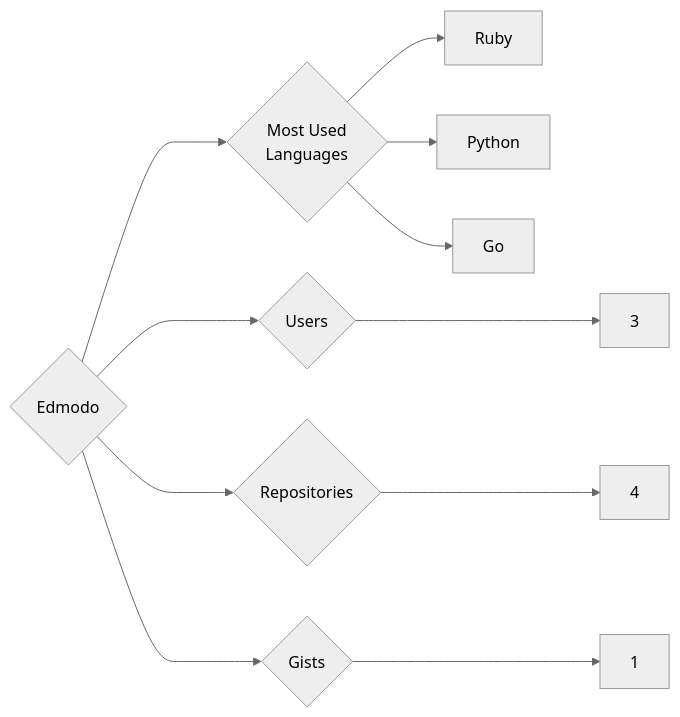
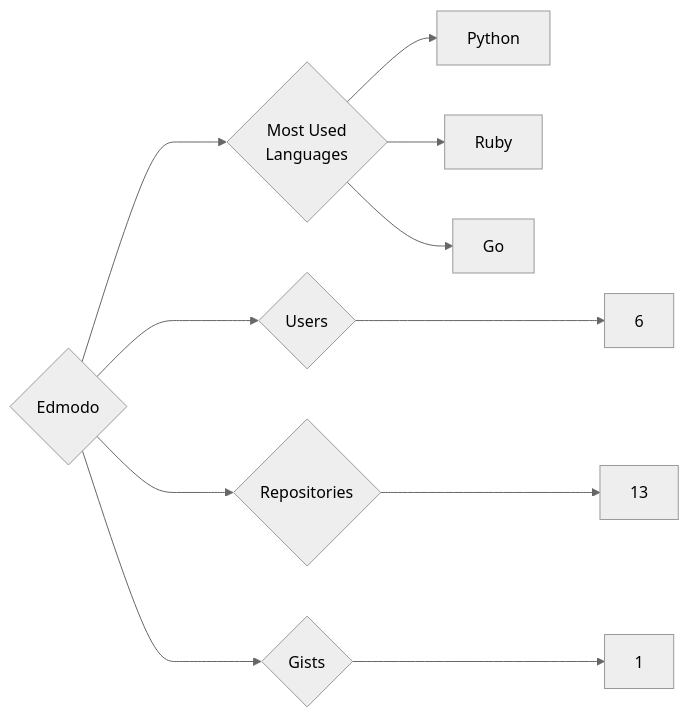
The diagram in targets/Edmodo/README.md (trickest/insiders), drawn with Mermaid (neutral theme) before and after one commit. The commit also changed 924 other files, not shown here.

````diff
--- a/targets/Edmodo/README.md
+++ b/targets/Edmodo/README.md
@@ -3,11 +3,11 @@
 ```mermaid
 graph LR
 COMPANY_NAME{Edmodo}
-COMPANY_NAME ---> U{Users} ---> UN[3]
-COMPANY_NAME ---> R{Repositories} ---> RN[4]
+COMPANY_NAME ---> U{Users} ---> UN[6]
+COMPANY_NAME ---> R{Repositories} ---> RN[13]
 COMPANY_NAME ---> G{Gists} ---> GN[1]
 COMPANY_NAME ---> ML{Most Used<br>Languages}
+ML --> Python[Python]
 ML --> Ruby[Ruby]
-ML --> Python[Python]
 ML --> Go[Go]
 ```
````
